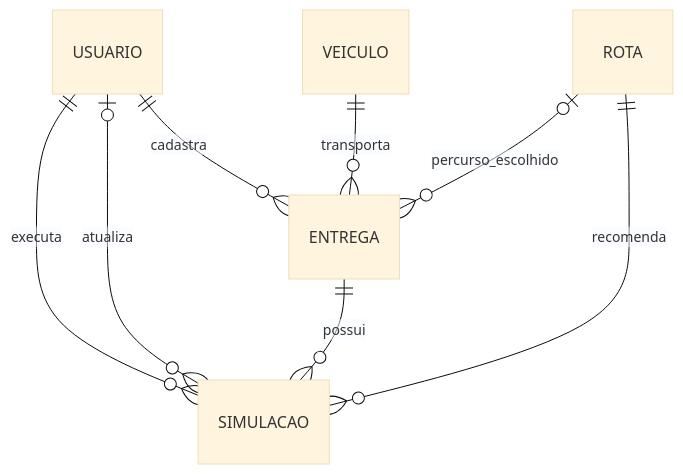
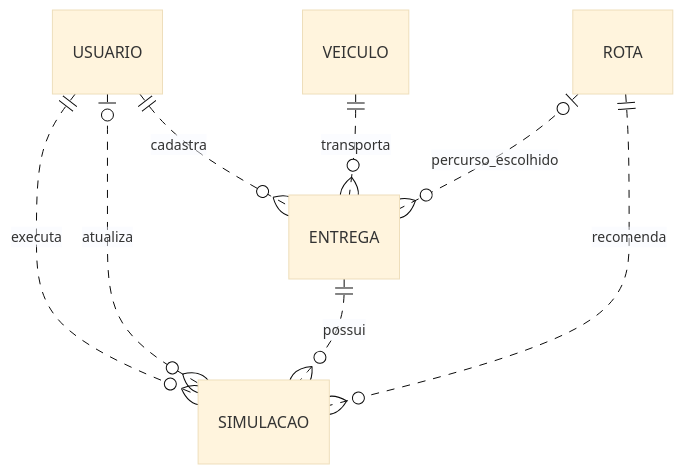
One commit to Dopre-PNB/urbanlink-flow changed the diagram in docs/modelo-conceitual.md. Above: the diagram before and after it, drawn with Mermaid (base theme). The commit also changed other lines of this file and 21 other files, not shown here.

````diff
--- a/docs/modelo-conceitual.md
+++ b/docs/modelo-conceitual.md
@@ -9,10 +9,10 @@
 ```mermaid
 erDiagram
-    USUARIO ||--o{ ENTREGA : cadastra
-    USUARIO ||--o{ SIMULACAO : executa
-    USUARIO o|--o{ SIMULACAO : atualiza
-    VEICULO ||--o{ ENTREGA : transporta
-    ROTA o|--o{ ENTREGA : percurso_escolhido
-    ENTREGA ||--o{ SIMULACAO : possui
-    ROTA ||--o{ SIMULACAO : recomenda
+    USUARIO ||..o{ ENTREGA : cadastra
+    USUARIO ||..o{ SIMULACAO : executa
+    USUARIO |o..o{ SIMULACAO : atualiza
+    VEICULO ||..o{ ENTREGA : transporta
+    ROTA |o..o{ ENTREGA : percurso_escolhido
+    ENTREGA ||..o{ SIMULACAO : possui
+    ROTA ||..o{ SIMULACAO : recomenda
 ```
````
